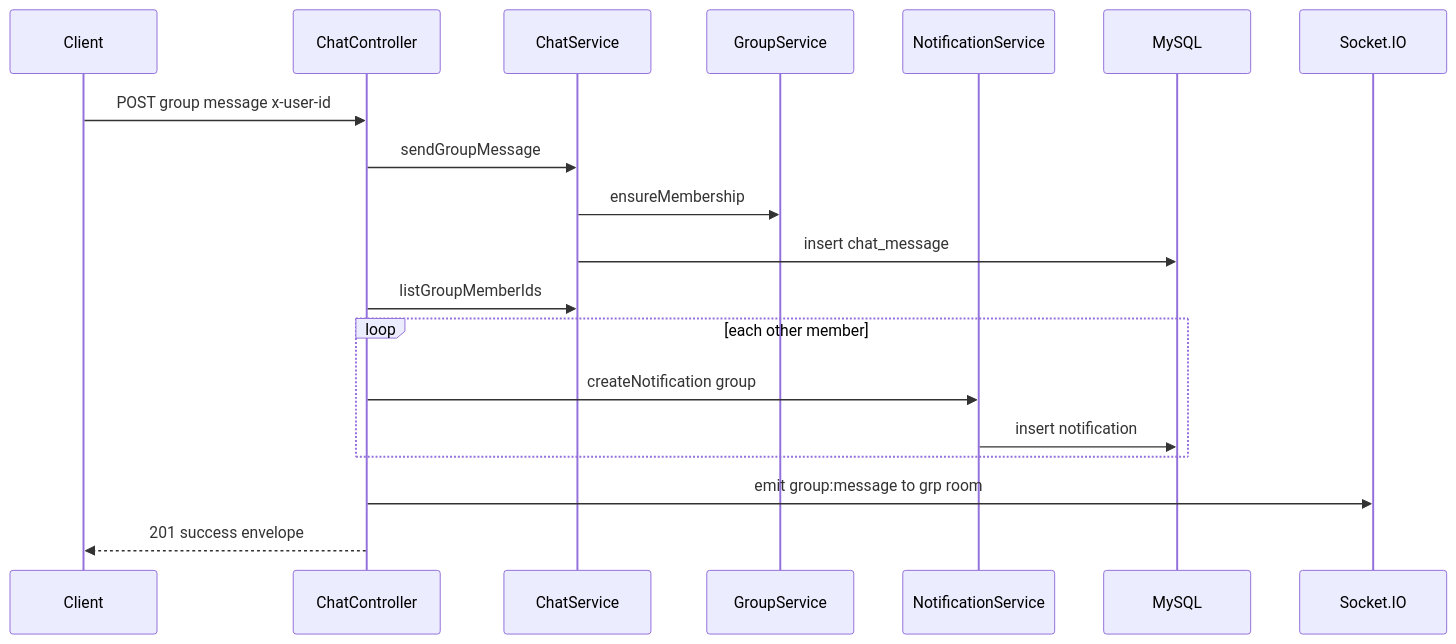
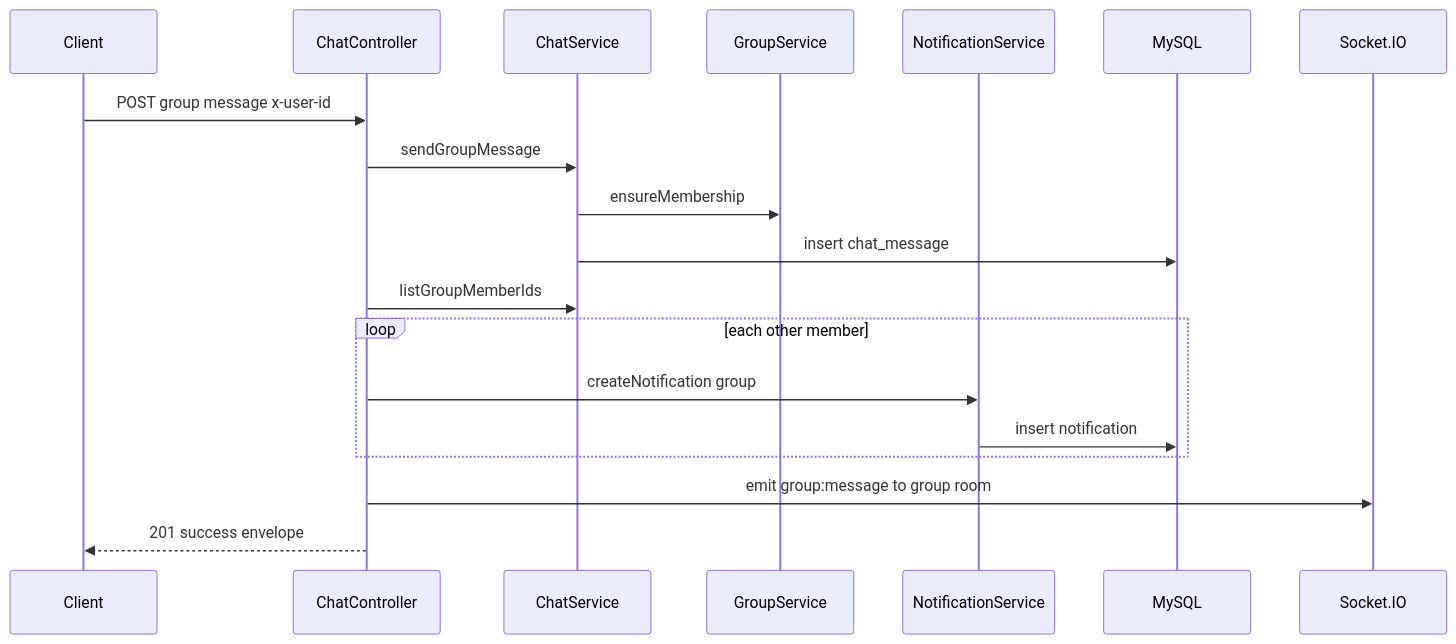
Before and after one commit to yashvenrakumar/chat-application: the fourth of 4 diagrams in docs/HLD/HLD.md, drawn with Mermaid. The commit also changed other lines of this file and 9 other files, not shown here.

````diff
--- a/docs/HLD/HLD.md
+++ b/docs/HLD/HLD.md
@@ -286,21 +286,21 @@
 ```mermaid
 sequenceDiagram
   participant C as Client
   participant API as ChatController
   participant CS as ChatService
   participant GS as GroupService
   participant NS as NotificationService
   participant DB as MySQL
   participant IO as Socket.IO
   C->>API: POST group message x-user-id
   API->>CS: sendGroupMessage
   CS->>GS: ensureMembership
   CS->>DB: insert chat_message
   API->>CS: listGroupMemberIds
   loop each other member
     API->>NS: createNotification group
     NS->>DB: insert notification
   end
-  API->>IO: emit group:message to grp room
+  API->>IO: emit group:message to group room
   API-->>C: 201 success envelope
 ```
````
